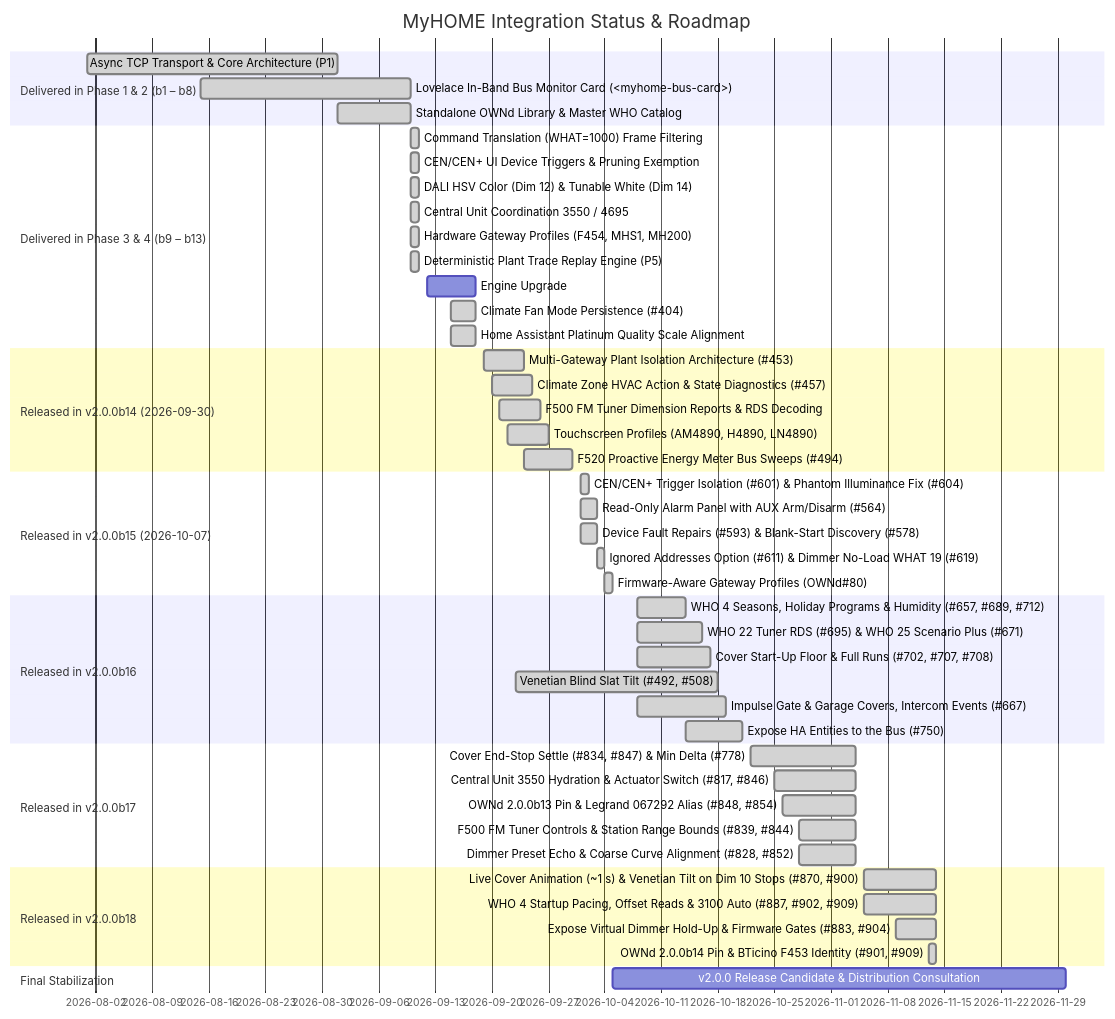
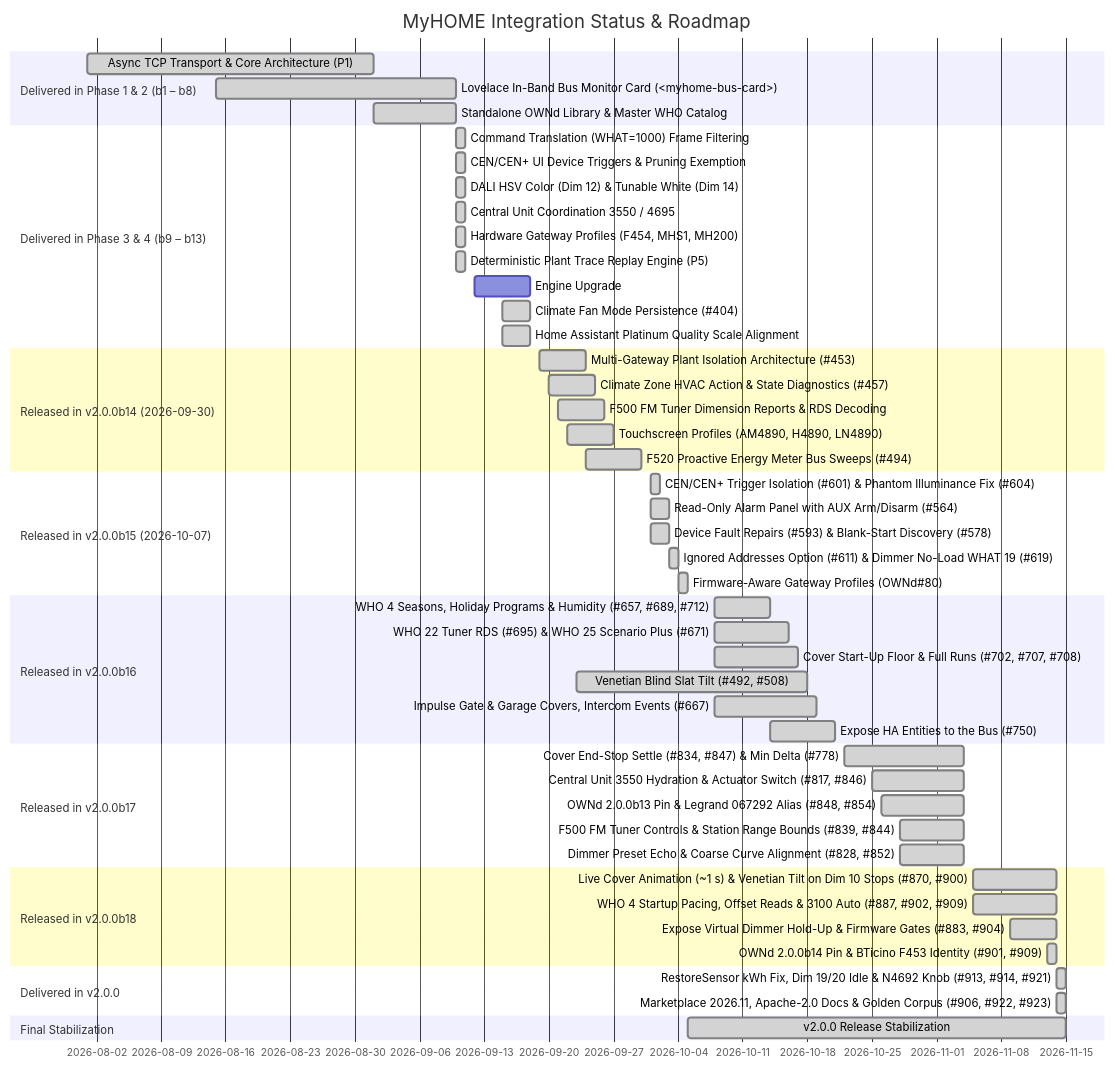
The first of 3 diagrams in docs/roadmap.md (OpenWebNet-HA/MyHOME), drawn with Mermaid before and after one commit. The commit also changed other lines of this file and 21 other files, not shown here.

````diff
--- a/docs/roadmap.md
+++ b/docs/roadmap.md
@@ -16,51 +16,54 @@
 ```mermaid
 gantt
     title MyHOME Integration Status & Roadmap
     dateFormat  YYYY-MM-DD
     section Delivered in Phase 1 & 2 (b1 – b8)
     Async TCP Transport & Core Architecture (P1)     :done, 2026-08-01, 2026-09-01
     Lovelace In-Band Bus Monitor Card (<myhome-bus-card>) :done, 2026-08-15, 2026-09-10
     Standalone OWNd Library & Master WHO Catalog     :done, 2026-09-01, 2026-09-10
     section Delivered in Phase 3 & 4 (b9 – b13)
     Command Translation (WHAT=1000) Frame Filtering   :done, 2026-09-10, 2026-09-11
     CEN/CEN+ UI Device Triggers & Pruning Exemption  :done, 2026-09-10, 2026-09-11
     DALI HSV Color (Dim 12) & Tunable White (Dim 14) :done, 2026-09-10, 2026-09-11
     Central Unit Coordination 3550 / 4695            :done, 2026-09-10, 2026-09-11
     Hardware Gateway Profiles (F454, MHS1, MH200)   :done, 2026-09-10, 2026-09-11
     Deterministic Plant Trace Replay Engine (P5)     :done, 2026-09-10, 2026-09-11
     Engine Upgrade: OWNd 2.0.0b8 (HMAC SHA-1/SHA-256) :done, 2026-09-12, 2026-09-18
     Climate Fan Mode Persistence (#404)              :done, 2026-09-15, 2026-09-18
     Home Assistant Platinum Quality Scale Alignment  :done, 2026-09-15, 2026-09-18
     section Released in v2.0.0b14 (2026-09-30)
     Multi-Gateway Plant Isolation Architecture (#453) :done, 2026-09-19, 2026-09-24
     Climate Zone HVAC Action & State Diagnostics (#457) :done, 2026-09-20, 2026-09-25
     F500 FM Tuner Dimension Reports & RDS Decoding   :done, 2026-09-21, 2026-09-26
     Touchscreen Profiles (AM4890, H4890, LN4890)     :done, 2026-09-22, 2026-09-27
     F520 Proactive Energy Meter Bus Sweeps (#494)    :done, 2026-09-24, 2026-09-30
     section Released in v2.0.0b15 (2026-10-07)
     CEN/CEN+ Trigger Isolation (#601) & Phantom Illuminance Fix (#604) :done, 2026-10-01, 2026-10-02
     Read-Only Alarm Panel with AUX Arm/Disarm (#564)  :done, 2026-10-01, 2026-10-03
     Device Fault Repairs (#593) & Blank-Start Discovery (#578) :done, 2026-10-01, 2026-10-03
     Ignored Addresses Option (#611) & Dimmer No-Load WHAT 19 (#619) :done, 2026-10-03, 2026-10-04
     Firmware-Aware Gateway Profiles (OWNd#80)         :done, 2026-10-04, 2026-10-05
     section Released in v2.0.0b16
     WHO 4 Seasons, Holiday Programs & Humidity (#657, #689, #712) :done, 2026-10-08, 2026-10-14
     WHO 22 Tuner RDS (#695) & WHO 25 Scenario Plus (#671) :done, 2026-10-08, 2026-10-16
     Cover Start-Up Floor & Full Runs (#702, #707, #708) :done, 2026-10-08, 2026-10-17
     Venetian Blind Slat Tilt (#492, #508)             :done, 2026-09-23, 2026-10-18
     Impulse Gate & Garage Covers, Intercom Events (#667) :done, 2026-10-08, 2026-10-19
     Expose HA Entities to the Bus (#750)              :done, 2026-10-14, 2026-10-21
     section Released in v2.0.0b17
     Cover End-Stop Settle (#834, #847) & Min Delta (#778) :done, 2026-10-22, 2026-11-04
     Central Unit 3550 Hydration & Actuator Switch (#817, #846) :done, 2026-10-25, 2026-11-04
     OWNd 2.0.0b13 Pin & Legrand 067292 Alias (#848, #854) :done, 2026-10-26, 2026-11-04
     F500 FM Tuner Controls & Station Range Bounds (#839, #844) :done, 2026-10-28, 2026-11-04
     Dimmer Preset Echo & Coarse Curve Alignment (#828, #852) :done, 2026-10-28, 2026-11-04
     section Released in v2.0.0b18
     Live Cover Animation (~1 s) & Venetian Tilt on Dim 10 Stops (#870, #900) :done, 2026-11-05, 2026-11-14
     WHO 4 Startup Pacing, Offset Reads & 3100 Auto (#887, #902, #909) :done, 2026-11-05, 2026-11-14
     Expose Virtual Dimmer Hold-Up & Firmware Gates (#883, #904) :done, 2026-11-09, 2026-11-14
     OWNd 2.0.0b14 Pin & BTicino F453 Identity (#901, #909) :done, 2026-11-13, 2026-11-14
+    section Delivered in v2.0.0
+    RestoreSensor kWh Fix, Dim 19/20 Idle & N4692 Knob (#913, #914, #921) :done, 2026-11-14, 2026-11-15
+    Marketplace 2026.11, Apache-2.0 Docs & Golden Corpus (#906, #922, #923) :done, 2026-11-14, 2026-11-15
     section Final Stabilization
-    v2.0.0 Release Candidate & Distribution Consultation :2026-10-05, 2026-11-30
+    v2.0.0 Release Stabilization :done, 2026-10-05, 2026-11-15
 ```
````
